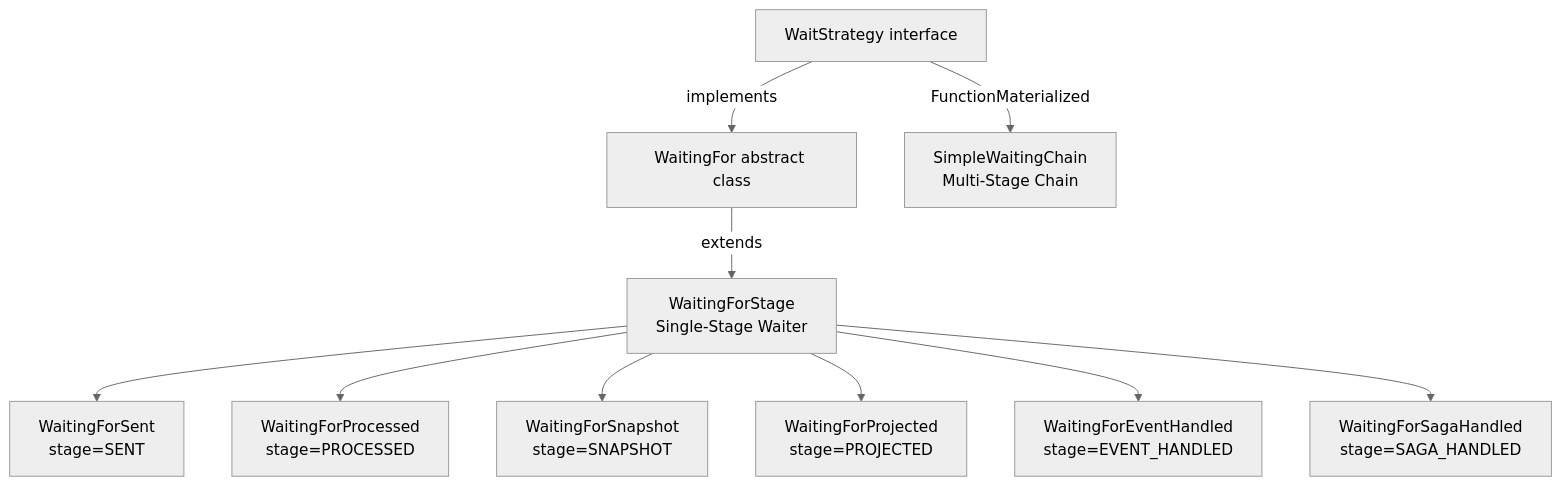
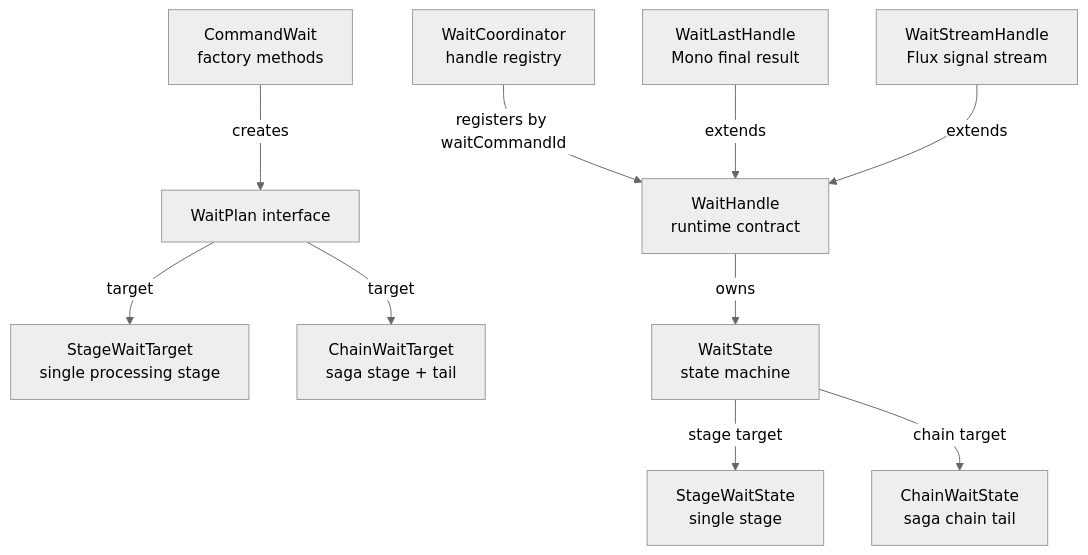
The third of 3 diagrams in documentation/docs/en/guide/command-gateway.md (Ahoo-Wang/Wow), drawn with Mermaid (neutral theme) before and after one commit. The commit also changed other lines of this file and 155 other files, not shown here.

First line of the commit message:
[codex] Redesign command wait runtime (#2698)

````diff
--- a/documentation/docs/en/guide/command-gateway.md
+++ b/documentation/docs/en/guide/command-gateway.md
@@ -614,26 +614,25 @@
 ```mermaid
 graph TB
-    WS[WaitStrategy interface]
-    WF[WaitingFor abstract class]
-    WFS[WaitingForStage<br>Single-Stage Waiter]
-    SC[SimpleWaitingChain<br>Multi-Stage Chain]
+    WS[WaitPlan interface]
+    SWT[StageWaitTarget<br>single processing stage]
+    CWT[ChainWaitTarget<br>saga stage + tail]
+    CW[CommandWait<br>factory methods]
+    HC[WaitCoordinator<br>handle registry]
+    WH[WaitHandle<br>runtime contract]
+    WL[WaitLastHandle<br>Mono final result]
+    WF[WaitStreamHandle<br>Flux signal stream]
+    ST[WaitState<br>state machine]
+    SWS[StageWaitState<br>single stage]
+    CWS[ChainWaitState<br>saga chain tail]
 
-    WS -->|implements| WF
-    WF -->|extends| WFS
-    WS -->|FunctionMaterialized| SC
-
-    WFS_SENT[WaitingForSent<br>stage=SENT]
-    WFS_PROC[WaitingForProcessed<br>stage=PROCESSED]
-    WFS_SNAP[WaitingForSnapshot<br>stage=SNAPSHOT]
-    WFS_PROJ[WaitingForProjected<br>stage=PROJECTED]
-    WFS_EH[WaitingForEventHandled<br>stage=EVENT_HANDLED]
-    WFS_SH[WaitingForSagaHandled<br>stage=SAGA_HANDLED]
-
-    WFS --> WFS_SENT
-    WFS --> WFS_PROC
-    WFS --> WFS_SNAP
-    WFS --> WFS_PROJ
-    WFS --> WFS_EH
-    WFS --> WFS_SH
+    CW -->|creates| WS
+    WS -->|target| SWT
+    WS -->|target| CWT
+    HC -->|registers by waitCommandId| WH
+    WL -->|extends| WH
+    WF -->|extends| WH
+    WH -->|owns| ST
+    ST -->|stage target| SWS
+    ST -->|chain target| CWS
 
 ```
````
